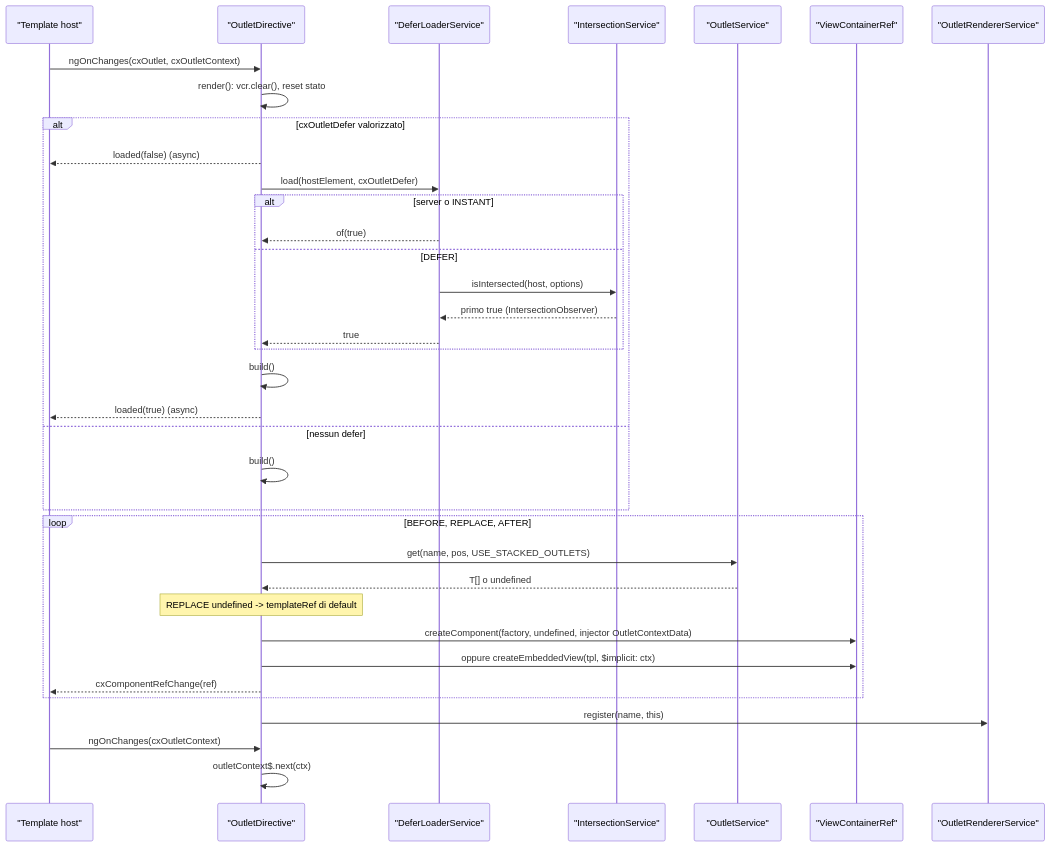
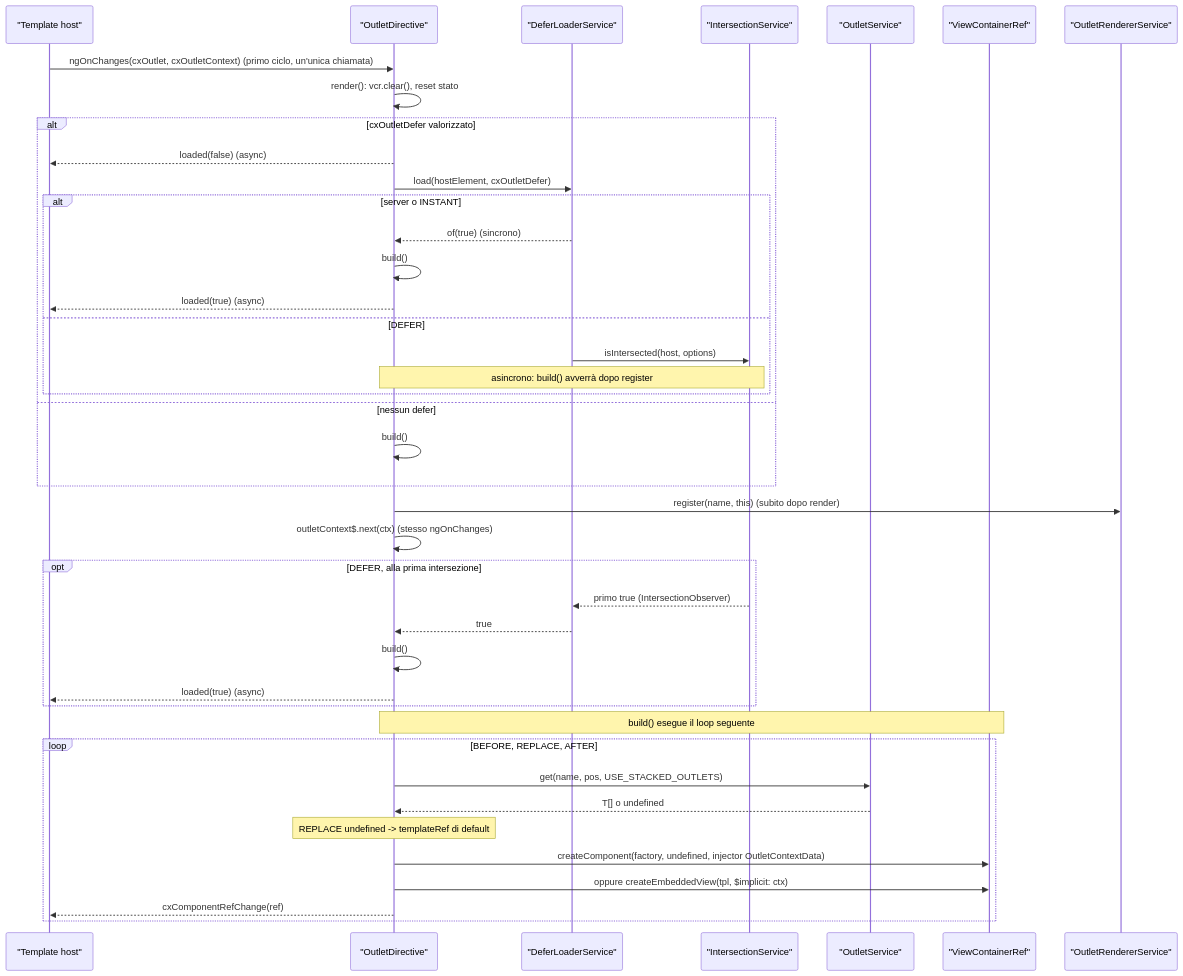
Before and after one commit to mgiuditta/spartacus: the second of 4 diagrams in docs/spartacus-book/parte-2/17-outlet.md, drawn with Mermaid. The commit also changed other lines of this file and 13 other files, not shown here.

````diff
--- a/docs/spartacus-book/parte-2/17-outlet.md
+++ b/docs/spartacus-book/parte-2/17-outlet.md
@@ -196,38 +196,43 @@
 ```mermaid
 sequenceDiagram
   participant T as "Template host"
   participant D as "OutletDirective"
   participant DL as "DeferLoaderService"
   participant IS as "IntersectionService"
   participant OS as "OutletService"
   participant VCR as "ViewContainerRef"
   participant RS as "OutletRendererService"
-  T->>D: ngOnChanges(cxOutlet, cxOutletContext)
+  T->>D: ngOnChanges(cxOutlet, cxOutletContext) (primo ciclo, un'unica chiamata)
   D->>D: render(): vcr.clear(), reset stato
   alt cxOutletDefer valorizzato
     D-->>T: loaded(false) (async)
     D->>DL: load(hostElement, cxOutletDefer)
     alt server o INSTANT
-      DL-->>D: of(true)
+      DL-->>D: of(true) (sincrono)
+      D->>D: build()
+      D-->>T: loaded(true) (async)
     else DEFER
       DL->>IS: isIntersected(host, options)
-      IS-->>DL: primo true (IntersectionObserver)
-      DL-->>D: true
+      Note over D,IS: asincrono: build() avverrà dopo register
     end
-    D->>D: build()
-    D-->>T: loaded(true) (async)
   else nessun defer
     D->>D: build()
   end
+  D->>RS: register(name, this) (subito dopo render)
+  D->>D: outletContext$.next(ctx) (stesso ngOnChanges)
+  opt DEFER, alla prima intersezione
+    IS-->>DL: primo true (IntersectionObserver)
+    DL-->>D: true
+    D->>D: build()
+    D-->>T: loaded(true) (async)
+  end
+  Note over D,VCR: build() esegue il loop seguente
   loop BEFORE, REPLACE, AFTER
     D->>OS: get(name, pos, USE_STACKED_OUTLETS)
     OS-->>D: T[] o undefined
     Note over D: REPLACE undefined -> templateRef di default
     D->>VCR: createComponent(factory, undefined, injector OutletContextData)
     D->>VCR: oppure createEmbeddedView(tpl, $implicit: ctx)
     D-->>T: cxComponentRefChange(ref)
   end
-  D->>RS: register(name, this)
-  T->>D: ngOnChanges(cxOutletContext)
-  D->>D: outletContext$.next(ctx)
 ```
````
